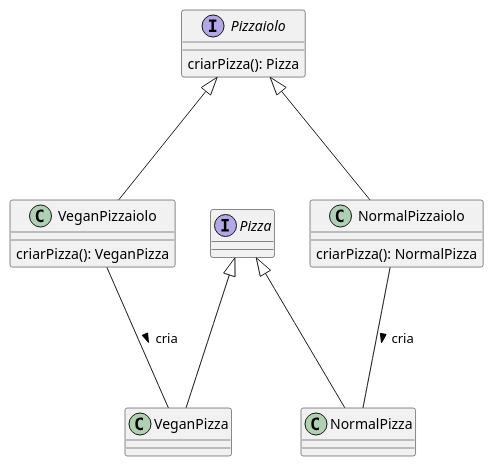
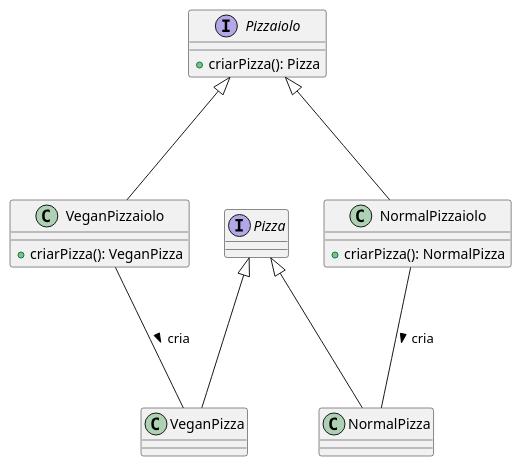
One commit to hvpaiva/java-padroes-projeto changed the diagram in factory-method/assets/diagrama-factory-method.puml. Above: the diagram before and after it, drawn with PlantUML. The commit also changed 5 other files, not shown here.

Commit message:
Adicionando diagramas aos padrões já criados e corrigindo tutoriais do factory methods

```diff
--- a/factory-method/assets/diagrama-factory-method.puml
+++ b/factory-method/assets/diagrama-factory-method.puml
@@ -1,29 +1,29 @@
 @startuml
 
 interface Pizza
 
 interface Pizzaiolo {
-    criarPizza(): Pizza
+    + criarPizza(): Pizza
 }
 
 class VeganPizzaiolo {
-     criarPizza(): VeganPizza
+    + criarPizza(): VeganPizza
 }
 class NormalPizzaiolo {
-    criarPizza(): NormalPizza
+    + criarPizza(): NormalPizza
 }
 
 class VeganPizza
 class NormalPizza
 
 Pizza <|--- NormalPizza
 Pizza <|--- VeganPizza
 
 Pizzaiolo <|--- VeganPizzaiolo
 Pizzaiolo <|--- NormalPizzaiolo
 
 VeganPizzaiolo --- VeganPizza : cria >
 NormalPizzaiolo --- NormalPizza : cria >
 
 
 @enduml
```
